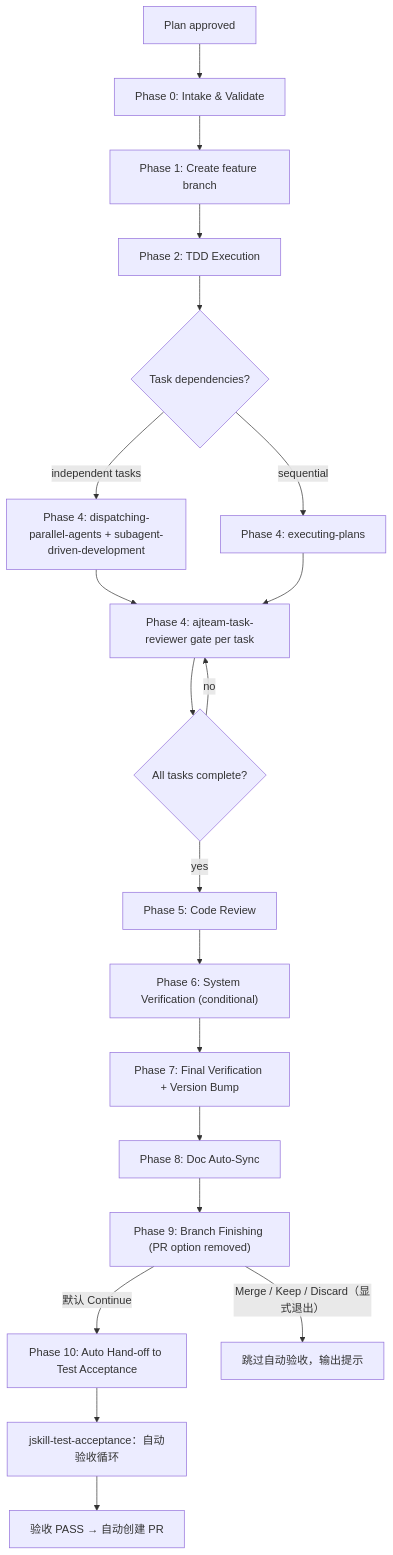
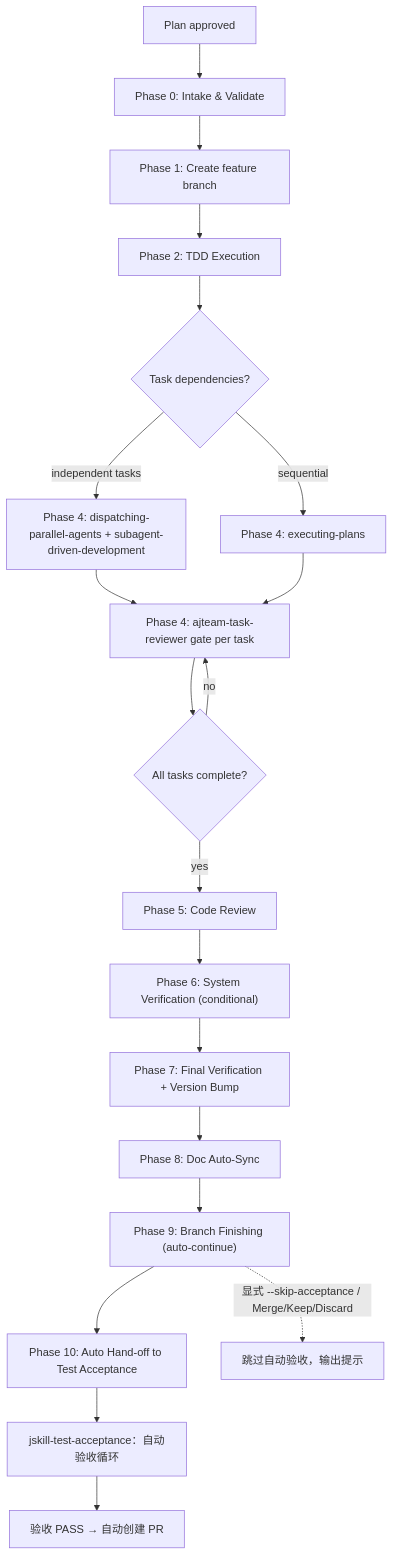
The diagram in .agents/skills/jskill-feature-dev/SKILL.md (JeillZhang/agentj), drawn with Mermaid before and after one commit. The commit also changed other lines of this file and 8 other files, not shown here.

First line of the commit message:
feat: auto-continue the jskill acceptance pipeline and add 10-min subagent watchdogs

````diff
--- a/.agents/skills/jskill-feature-dev/SKILL.md
+++ b/.agents/skills/jskill-feature-dev/SKILL.md
@@ -20,22 +20,22 @@
 ```mermaid
 flowchart TB
     A["Plan approved"] --> B["Phase 0: Intake & Validate"]
     B --> C["Phase 1: Create feature branch"]
     C --> D["Phase 2: TDD Execution"]
     D --> E{"Task dependencies?"}
     E -- "independent tasks" --> F["Phase 4: dispatching-parallel-agents + subagent-driven-development"]
     E -- "sequential" --> G["Phase 4: executing-plans"]
     F --> H["Phase 4: ajteam-task-reviewer gate per task"]
     G --> H
     H --> I{"All tasks complete?"}
     I -- "no" --> H
     I -- "yes" --> J["Phase 5: Code Review"]
     J --> K["Phase 6: System Verification (conditional)"]
     K --> L["Phase 7: Final Verification + Version Bump"]
     L --> M["Phase 8: Doc Auto-Sync"]
-    M --> N["Phase 9: Branch Finishing (PR option removed)"]
-    N -- "默认 Continue" --> O["Phase 10: Auto Hand-off to Test Acceptance"]
-    N -- "Merge / Keep / Discard（显式退出）" --> P["跳过自动验收，输出提示"]
+    M --> N["Phase 9: Branch Finishing (auto-continue)"]
+    N --> O["Phase 10: Auto Hand-off to Test Acceptance"]
+    N -. "显式 --skip-acceptance / Merge/Keep/Discard" .-> P["跳过自动验收，输出提示"]
     O --> Q["jskill-test-acceptance：自动验收循环"]
     Q --> R["验收 PASS → 自动创建 PR"]
 ```
````
